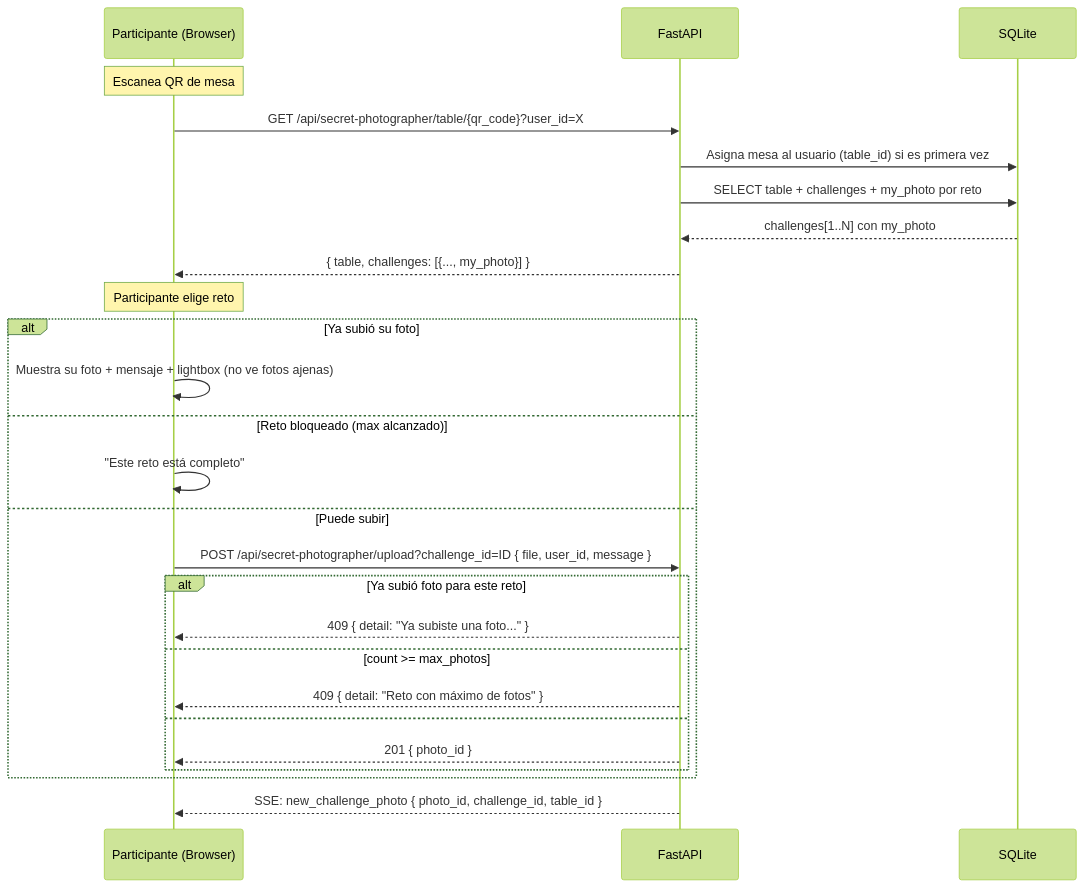
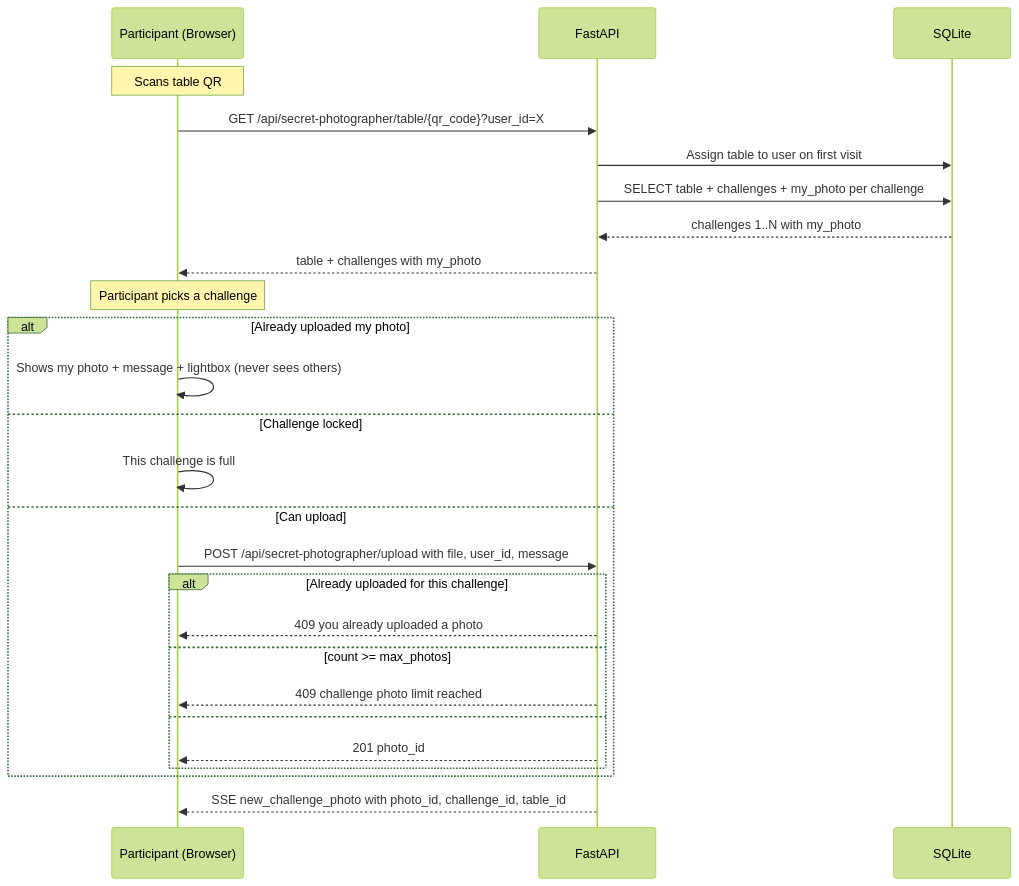
Before and after one commit to juniornff/wedding-photo-manager: the sixth of 12 diagrams in README.md, drawn with Mermaid (forest theme). The commit also changed other lines of this file and 10 other files, not shown here.

````diff
--- a/README.md
+++ b/README.md
@@ -299,31 +407,31 @@
 ```mermaid
 sequenceDiagram
-    participant C as Participante (Browser)
+    participant C as Participant (Browser)
     participant API as FastAPI
     participant DB as SQLite
 
-    Note over C: Escanea QR de mesa
+    Note over C: Scans table QR
     C->>API: GET /api/secret-photographer/table/{qr_code}?user_id=X
-    API->>DB: Asigna mesa al usuario (table_id) si es primera vez
-    API->>DB: SELECT table + challenges + my_photo por reto
-    DB-->>API: challenges[1..N] con my_photo
-    API-->>C: { table, challenges: [{..., my_photo}] }
+    API->>DB: Assign table to user on first visit
+    API->>DB: SELECT table + challenges + my_photo per challenge
+    DB-->>API: challenges 1..N with my_photo
+    API-->>C: table + challenges with my_photo
 
-    Note over C: Participante elige reto
-    alt Ya subió su foto
-        C->>C: Muestra su foto + mensaje + lightbox (no ve fotos ajenas)
-    else Reto bloqueado (max alcanzado)
-        C->>C: "Este reto está completo"
-    else Puede subir
-        C->>API: POST /api/secret-photographer/upload?challenge_id=ID { file, user_id, message }
-        alt Ya subió foto para este reto
-            API-->>C: 409 { detail: "Ya subiste una foto..." }
+    Note over C: Participant picks a challenge
+    alt Already uploaded my photo
+        C->>C: Shows my photo + message + lightbox (never sees others)
+    else Challenge locked
+        C->>C: This challenge is full
+    else Can upload
+        C->>API: POST /api/secret-photographer/upload with file, user_id, message
+        alt Already uploaded for this challenge
+            API-->>C: 409 you already uploaded a photo
         else count >= max_photos
-            API-->>C: 409 { detail: "Reto con máximo de fotos" }
+            API-->>C: 409 challenge photo limit reached
         else
-            API-->>C: 201 { photo_id }
+            API-->>C: 201 photo_id
         end
     end
 
-    API-->>C: SSE: new_challenge_photo { photo_id, challenge_id, table_id }
+    API-->>C: SSE new_challenge_photo with photo_id, challenge_id, table_id
 ```
````
